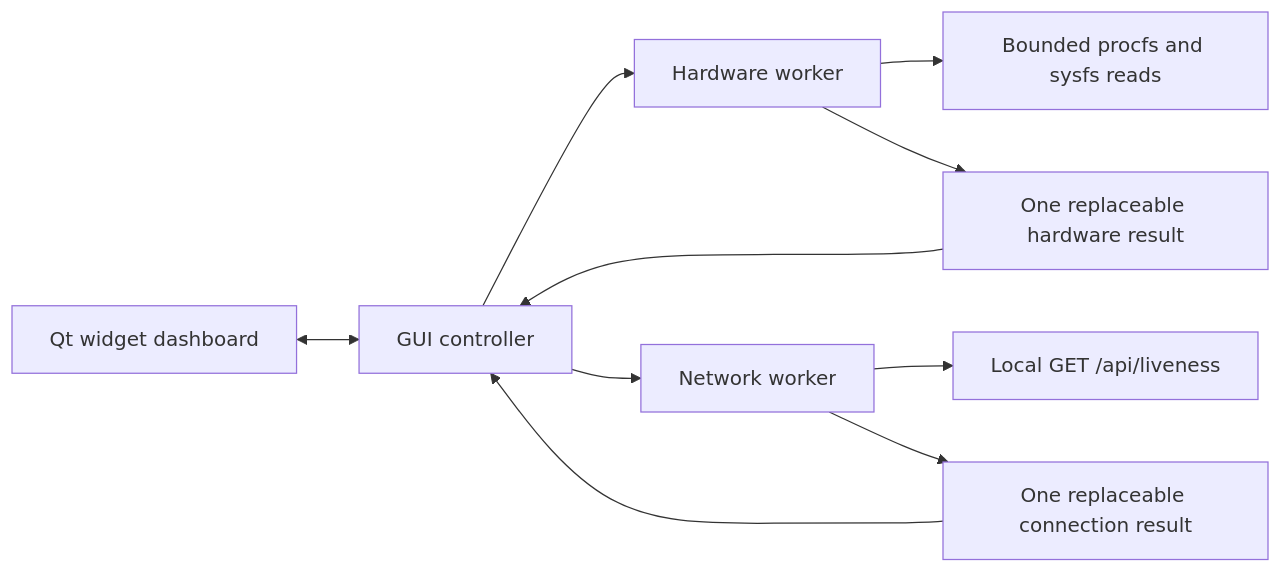
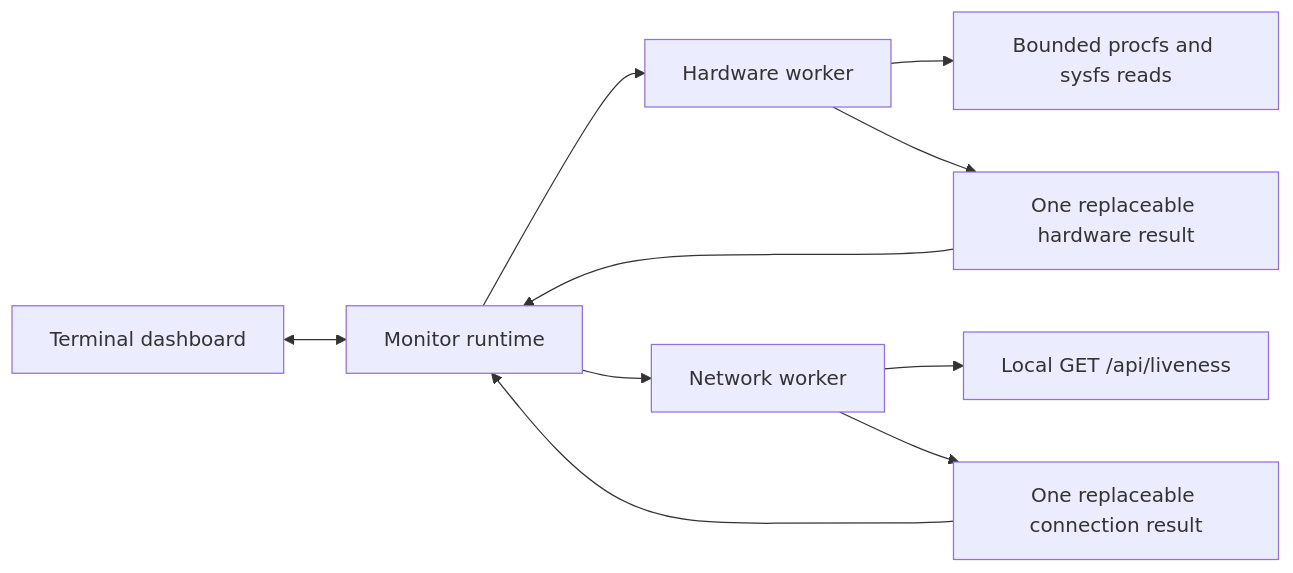
One commit to LaLinea08/Unsloth_Monitor changed the diagram in docs/ARCHITECTURE.md. Above: the diagram before and after it, drawn with Mermaid. The commit also changed other lines of this file and 12 other files, not shown here.

````diff
--- a/docs/ARCHITECTURE.md
+++ b/docs/ARCHITECTURE.md
@@ -8,12 +9,12 @@
 ```mermaid
 flowchart LR
-    Qt[Qt widget dashboard] <--> Controller[GUI controller]
-    Controller --> HW[Hardware worker]
-    Controller --> Net[Network worker]
+    TUI[Terminal dashboard] <--> Runtime[Monitor runtime]
+    Runtime --> HW[Hardware worker]
+    Runtime --> Net[Network worker]
     HW --> Linux[Bounded procfs and sysfs reads]
     Net --> API[Local GET /api/liveness]
     HW --> HResult[One replaceable hardware result]
     Net --> NResult[One replaceable connection result]
-    HResult --> Controller
-    NResult --> Controller
+    HResult --> Runtime
+    NResult --> Runtime
 ```
````
